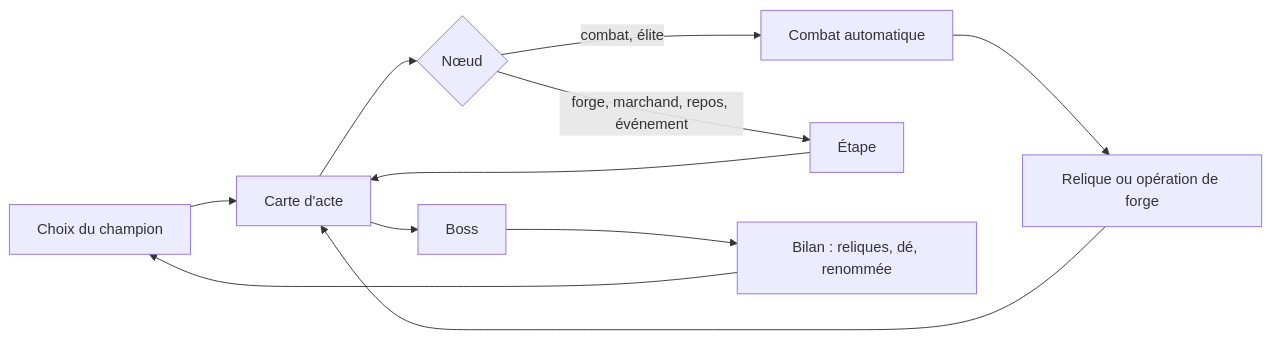
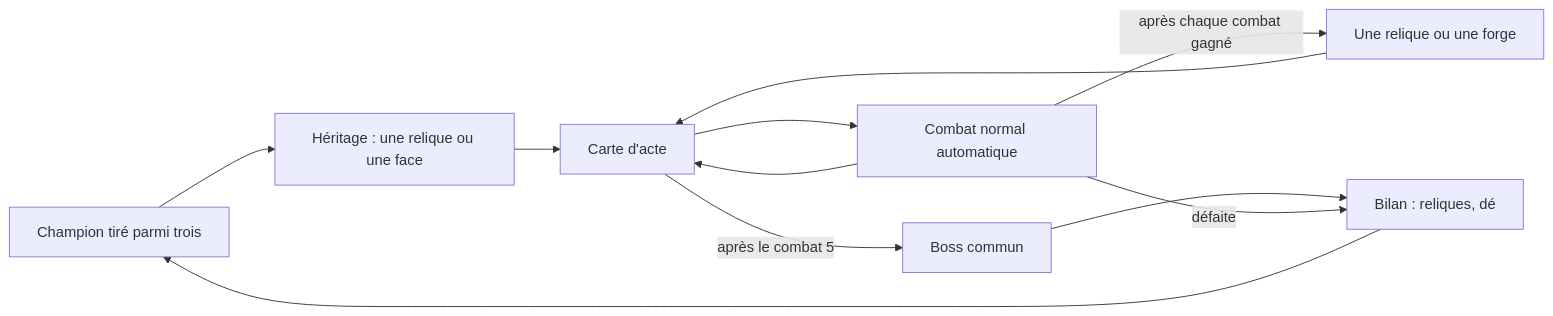
Before and after one commit to Citcatjoe/battler: the diagram in docs/CAMPAGNE.md, drawn with Mermaid. The commit also changed other lines of this file and 51 other files, not shown here.

````diff
--- a/docs/CAMPAGNE.md
+++ b/docs/CAMPAGNE.md
@@ -352,11 +410,13 @@
 ```mermaid
 flowchart LR
-  Champ[Choix du champion] --> Carte[Carte d'acte]
-  Carte --> Noeud{Nœud}
-  Noeud -->|combat, élite| Combat[Combat automatique] --> Recomp[Relique ou opération de forge]
-  Noeud -->|forge, marchand, repos, événement| Etape[Étape]
+  Champ[Champion tiré parmi trois] --> Herit[Héritage : une relique ou une face]
+  Herit --> Carte[Carte d'acte]
+  Carte --> Combat[Combat normal automatique]
+  Combat -->|après chaque combat gagné| Recomp[Une relique ou une forge]
   Recomp --> Carte
-  Etape --> Carte
-  Carte --> Boss[Boss] --> Bilan[Bilan : reliques, dé, renommée]
+  Combat --> Carte
+  Carte -->|après le combat 5| Boss[Boss commun]
+  Boss --> Bilan[Bilan : reliques, dé]
+  Combat -->|défaite| Bilan
   Bilan --> Champ
 ```
````
